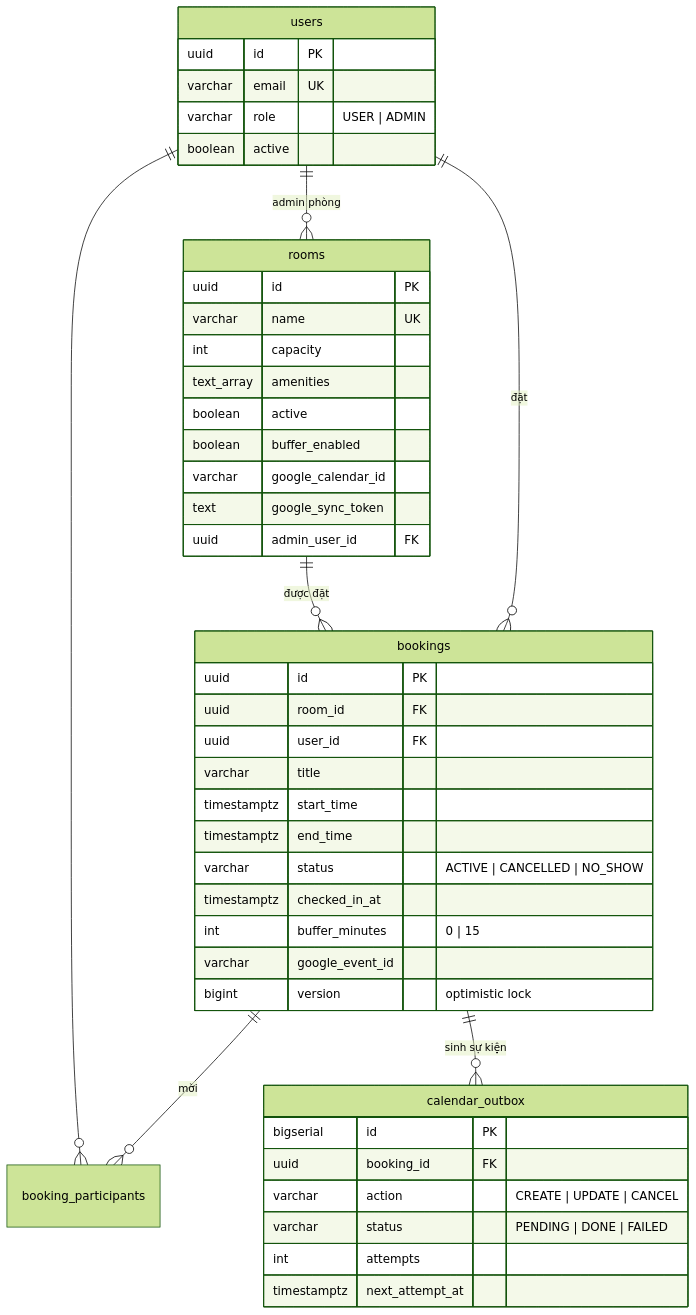
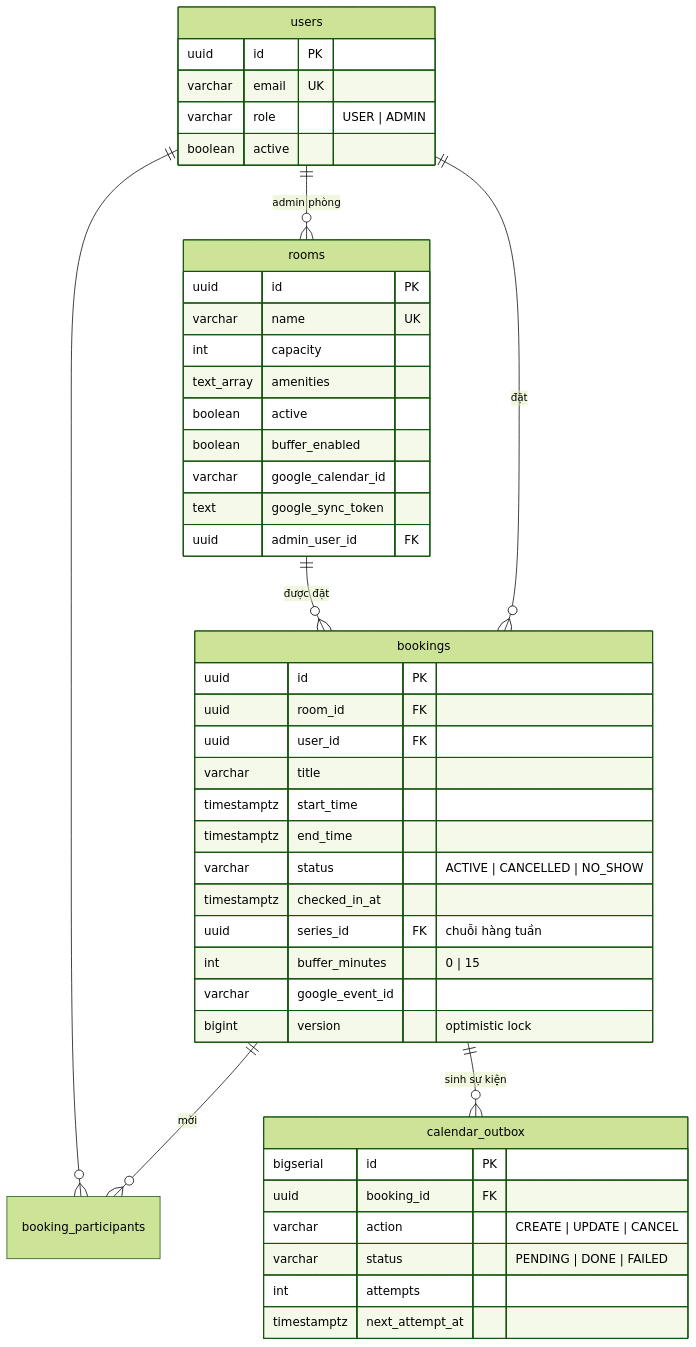
One commit to pxthinh/interview-dki changed the diagram in README.md. Above: the diagram before and after it, drawn with Mermaid (forest theme). The commit also changed other lines of this file and 4 other files, not shown here.

````diff
--- a/README.md
+++ b/README.md
@@ -93,48 +94,49 @@
 ```mermaid
 erDiagram
     users ||--o{ bookings : "đặt"
     rooms ||--o{ bookings : "được đặt"
     users ||--o{ rooms : "admin phòng"
     bookings ||--o{ booking_participants : "mời"
     users ||--o{ booking_participants : ""
     bookings ||--o{ calendar_outbox : "sinh sự kiện"
 
     users {
         uuid id PK
         varchar email UK
         varchar role "USER | ADMIN"
         boolean active
     }
     rooms {
         uuid id PK
         varchar name UK
         int capacity
         text_array amenities
         boolean active
         boolean buffer_enabled
         varchar google_calendar_id
         text google_sync_token
         uuid admin_user_id FK
     }
     bookings {
         uuid id PK
         uuid room_id FK
         uuid user_id FK
         varchar title
         timestamptz start_time
         timestamptz end_time
         varchar status "ACTIVE | CANCELLED | NO_SHOW"
         timestamptz checked_in_at
+        uuid series_id FK "chuỗi hàng tuần"
         int buffer_minutes "0 | 15"
         varchar google_event_id
         bigint version "optimistic lock"
     }
     calendar_outbox {
         bigserial id PK
         uuid booking_id FK
         varchar action "CREATE | UPDATE | CANCEL"
         varchar status "PENDING | DONE | FAILED"
         int attempts
         timestamptz next_attempt_at
     }
 ```
````
